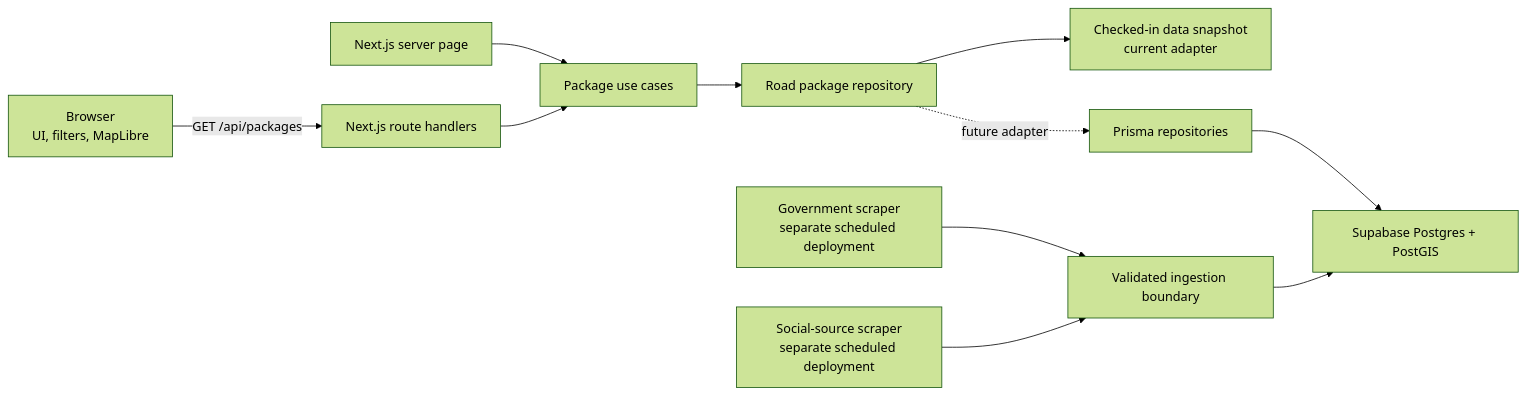
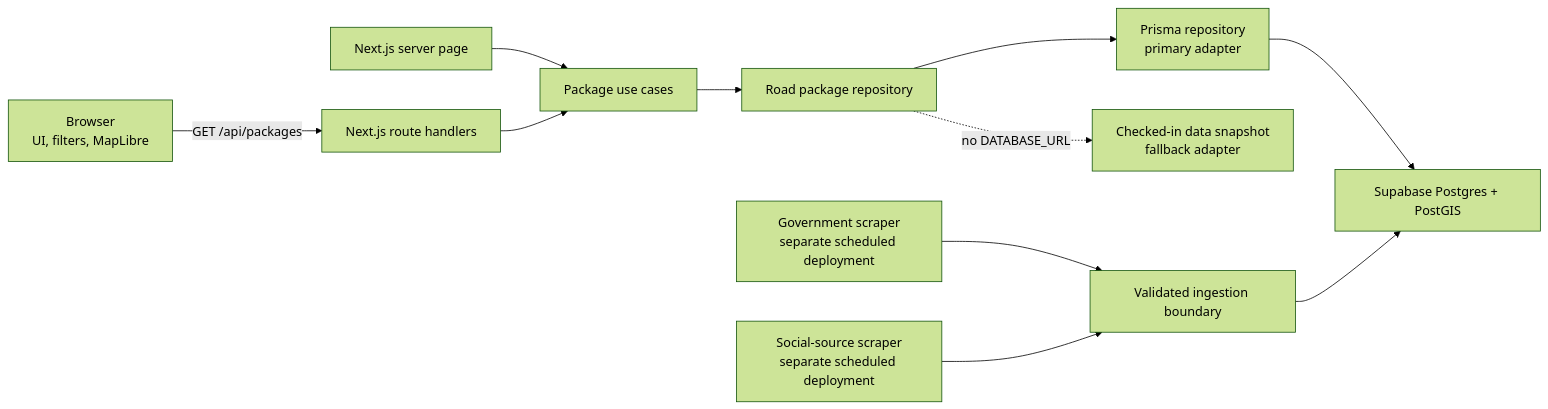
One commit to repyh/saksi changed the diagram in docs/ARCHITECTURE.md. Above: the diagram before and after it, drawn with Mermaid (forest theme). The commit also changed other lines of this file and 12 other files, not shown here.

````diff
--- a/docs/ARCHITECTURE.md
+++ b/docs/ARCHITECTURE.md
@@ -18,13 +18,13 @@
 ```mermaid
 flowchart LR
   Browser["Browser<br/>UI, filters, MapLibre"] -->|"GET /api/packages"| Routes["Next.js route handlers"]
   Page["Next.js server page"] --> UseCases["Package use cases"]
   Routes --> UseCases
   UseCases --> Repository["Road package repository"]
-  Repository --> Snapshot["Checked-in data snapshot<br/>current adapter"]
-  Repository -. "future adapter" .-> Prisma["Prisma repositories"]
+  Repository --> Prisma["Prisma repository<br/>primary adapter"]
+  Repository -. "no DATABASE_URL" .-> Snapshot["Checked-in data snapshot<br/>fallback adapter"]
   Prisma --> Postgres["Supabase Postgres + PostGIS"]
   GovWorker["Government scraper<br/>separate scheduled deployment"] --> Ingest["Validated ingestion boundary"]
   SocialWorker["Social-source scraper<br/>separate scheduled deployment"] --> Ingest
   Ingest --> Postgres
 ```
````
